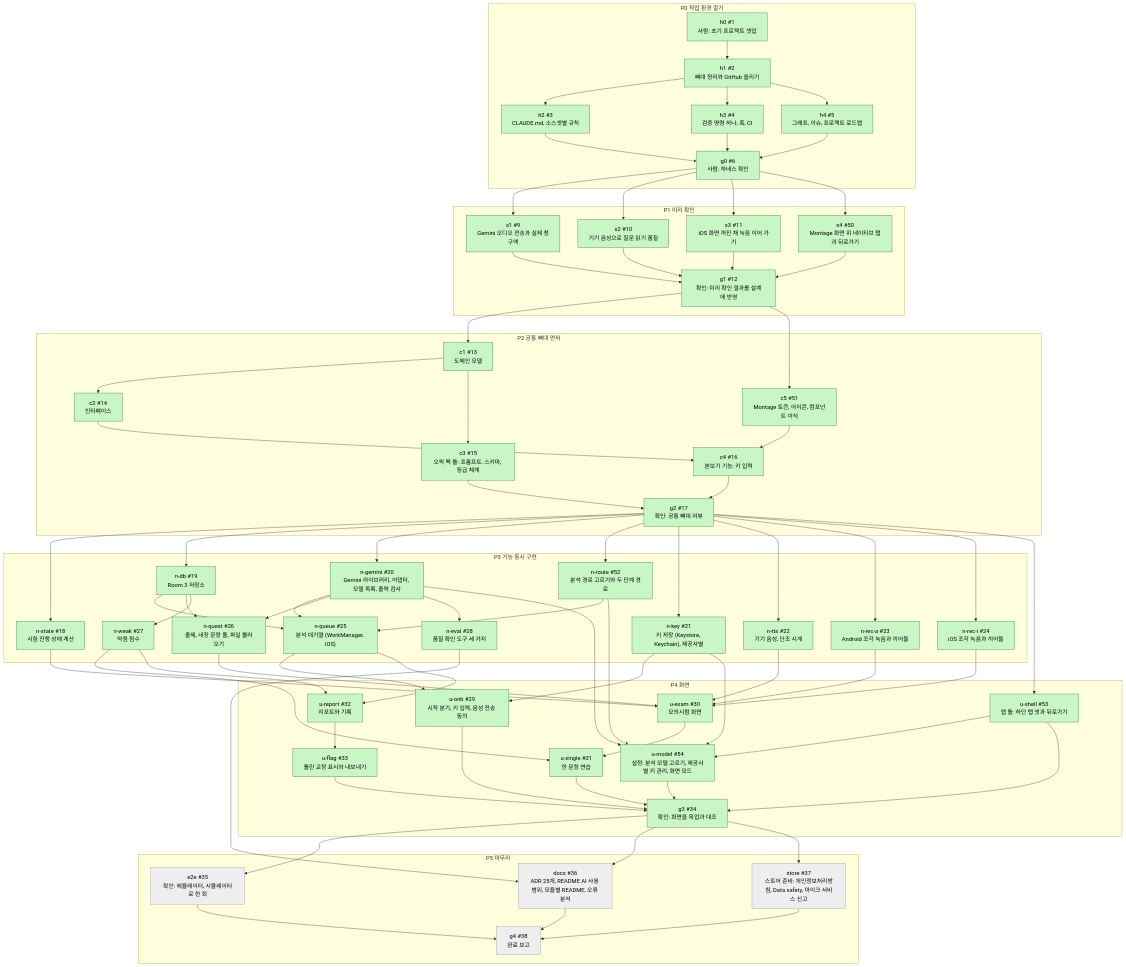
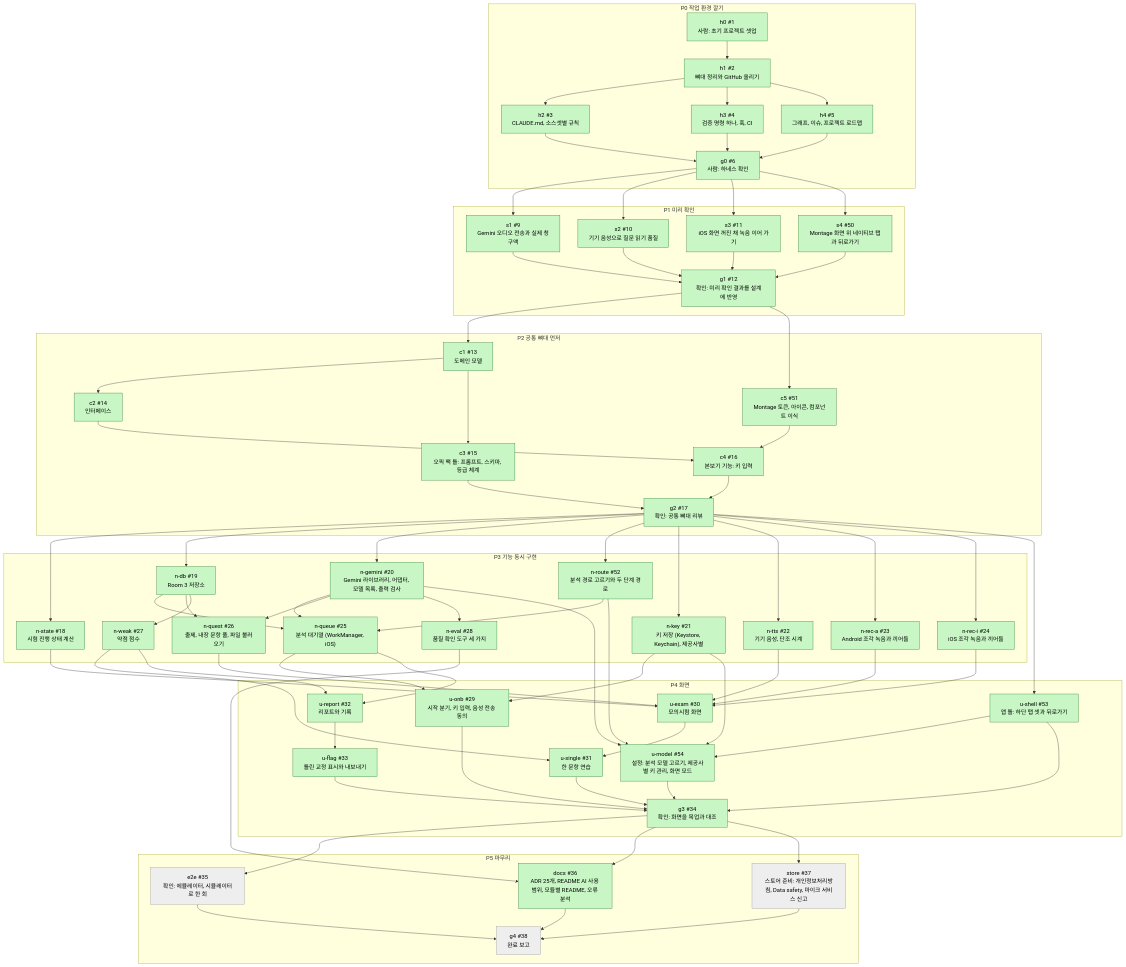
Before and after one commit to nosorae/AiOpicSelfStudy: the first of 2 diagrams in docs/graph/dev-graph.md, drawn with Mermaid. The commit also changed other lines of this file and 35 other files, not shown here.

````diff
--- a/docs/graph/dev-graph.md
+++ b/docs/graph/dev-graph.md
@@ -127,9 +127,9 @@
   docs --> g4
   store --> g4
   classDef todo fill:#eeeeee,stroke:#999999,color:#000
-  class e2e,docs,store,g4 todo
+  class e2e,store,g4 todo
   classDef doing fill:#fff3b0,stroke:#d4a017,color:#000
   classDef done fill:#c8f7c5,stroke:#2e7d32,color:#000
-  class h0,h1,h2,h3,h4,g0,s1,s2,s3,s4,g1,c1,c2,c3,c5,c4,g2,n_state,n_db,n_gemini,n_route,n_key,n_tts,n_rec_a,n_rec_i,n_queue,n_quest,n_weak,n_eval,u_onb,u_shell,u_exam,u_single,u_report,u_flag,u_model,g3 done
+  class h0,h1,h2,h3,h4,g0,s1,s2,s3,s4,g1,c1,c2,c3,c5,c4,g2,n_state,n_db,n_gemini,n_route,n_key,n_tts,n_rec_a,n_rec_i,n_queue,n_quest,n_weak,n_eval,u_onb,u_shell,u_exam,u_single,u_report,u_flag,u_model,g3,docs done
   classDef blocked fill:#ffcdd2,stroke:#c62828,color:#000
 ```
````
